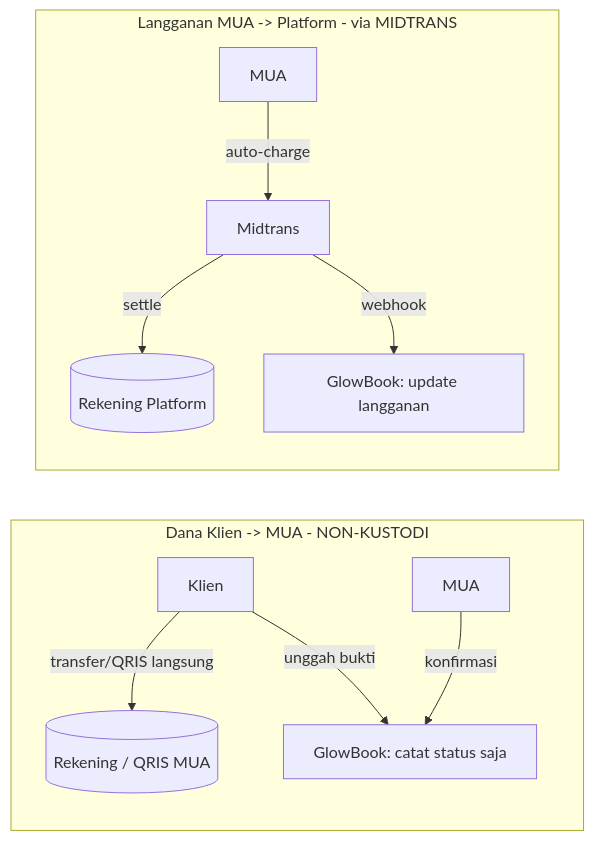
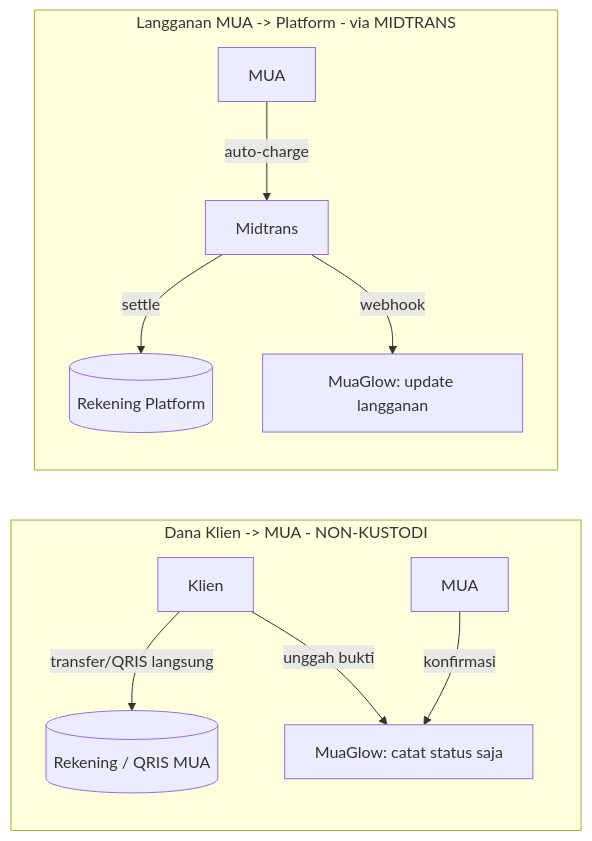
The diagram in docs/architecture.md (Marchelinoraco/mua), drawn with Mermaid before and after one commit. The commit also changed other lines of this file and 5 other files, not shown here.

Commit message:
docs(rebrand): GlowBook → MuaGlow di BRD, PRD, dan seluruh docs/

````diff
--- a/docs/architecture.md
+++ b/docs/architecture.md
@@ -16,13 +16,13 @@
 ```mermaid
 flowchart LR
   subgraph A[Dana Klien -> MUA  - NON-KUSTODI]
     K[Klien] -- transfer/QRIS langsung --> RM[(Rekening / QRIS MUA)]
-    K -- unggah bukti --> GB1[GlowBook: catat status saja]
+    K -- unggah bukti --> GB1[MuaGlow: catat status saja]
     M1[MUA] -- konfirmasi --> GB1
   end
   subgraph B[Langganan MUA -> Platform  - via MIDTRANS]
     M2[MUA] -- auto-charge --> MT[Midtrans]
     MT -- settle --> RP[(Rekening Platform)]
-    MT -- webhook --> GB2[GlowBook: update langganan]
+    MT -- webhook --> GB2[MuaGlow: update langganan]
   end
 ```
````
